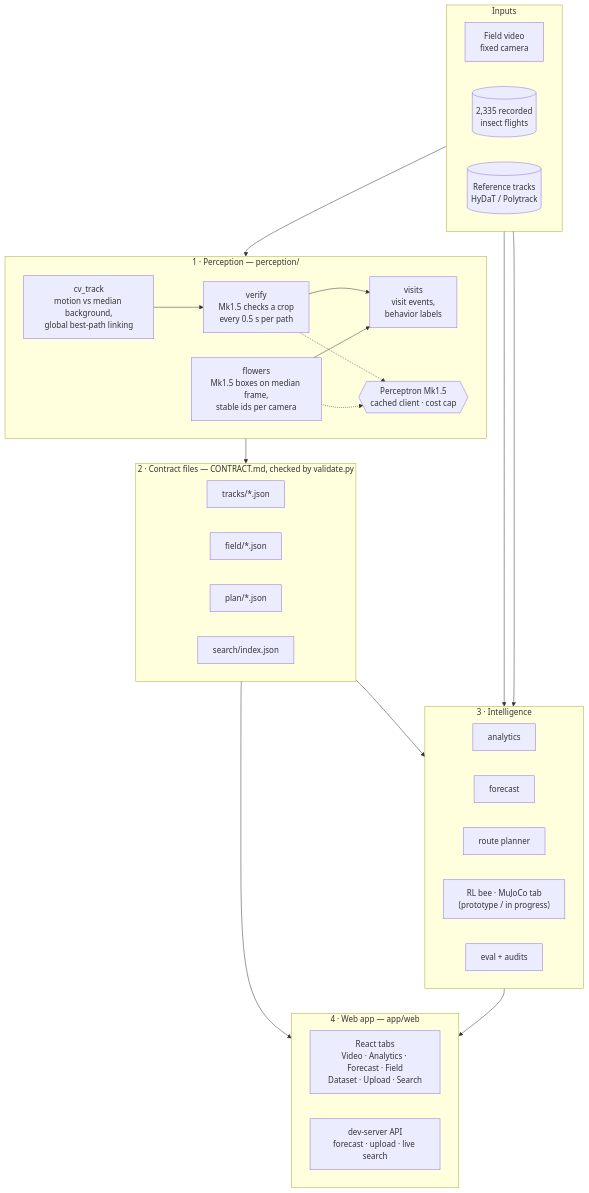
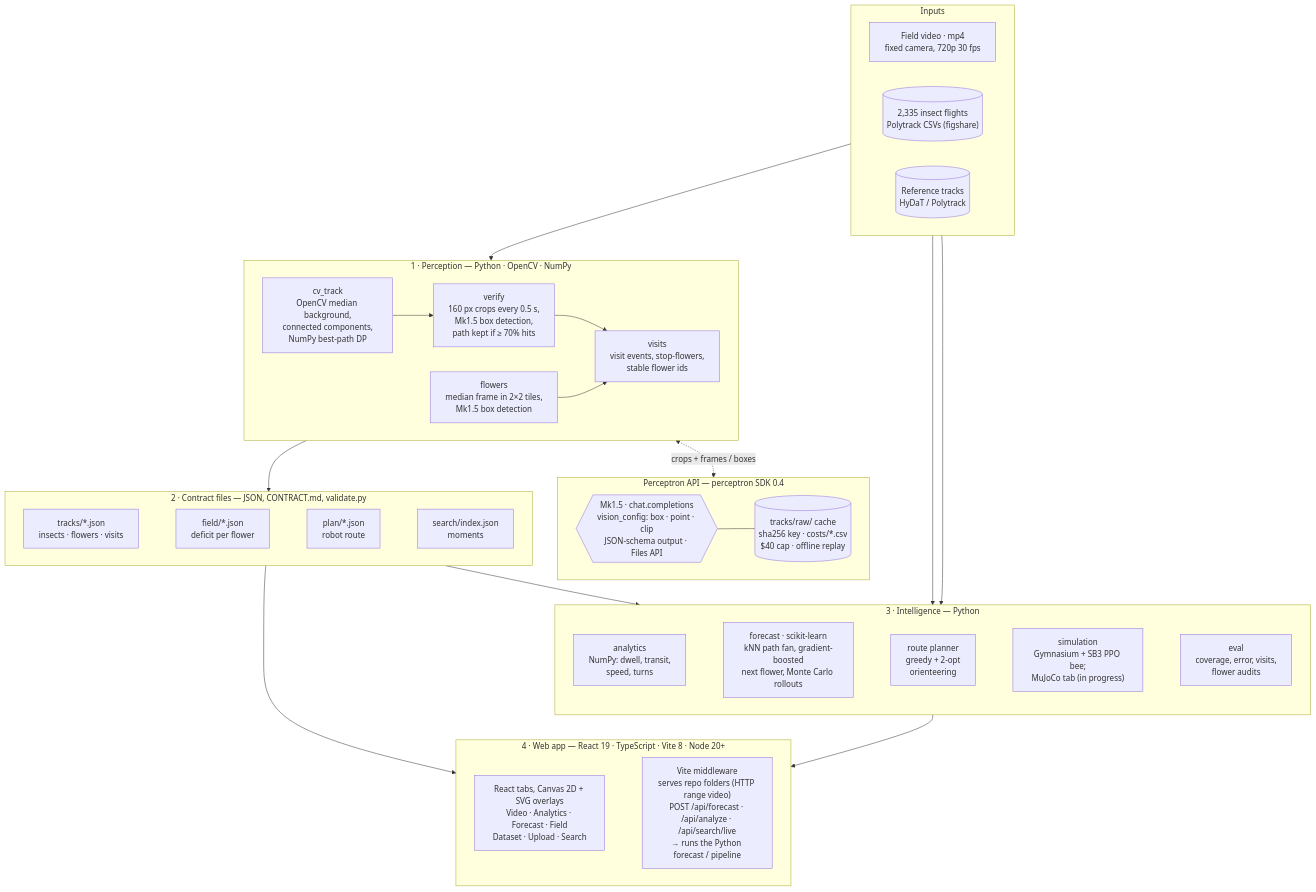
One commit to b-ananya/beebot changed the diagram in README.md. Above: the diagram before and after it, drawn with Mermaid. The commit also changed other lines of this file, not shown here.

Commit message:
README: tech stack section and a more detailed architecture diagram
Lists only libraries the code imports (OpenCV, NumPy, perceptron SDK, scikit-learn, pandas, joblib, Gymnasium,
Stable-Baselines3, imageio-ffmpeg, React/TypeScript/Vite) plus the Mk1.5 API features and app API routes used.
Diagram renders cleanly in Mermaid 11.

````diff
--- a/README.md
+++ b/README.md
@@ -27,49 +27,57 @@
 ```mermaid
 flowchart TB
   subgraph IN["Inputs"]
     direction LR
-    V["Field video<br/>fixed camera"]
-    PT[("2,335 recorded<br/>insect flights")]
+    V["Field video · mp4<br/>fixed camera, 720p 30 fps"]
+    PT[("2,335 insect flights<br/>Polytrack CSVs (figshare)")]
     REF[("Reference tracks<br/>HyDaT / Polytrack")]
   end
 
-  subgraph P["1 · Perception — perception/"]
+  subgraph P["1 · Perception — Python · OpenCV · NumPy"]
     direction LR
-    CV["cv_track<br/>motion vs median background,<br/>global best-path linking"] --> VER["verify<br/>Mk1.5 checks a crop<br/>every 0.5 s per path"] --> VIS["visits<br/>visit events,<br/>behavior labels"]
-    FL["flowers<br/>Mk1.5 boxes on median frame,<br/>stable ids per camera"] --> VIS
-    MK{{"Perceptron Mk1.5<br/>cached client · cost cap"}}
-    VER -.-> MK
-    FL -.-> MK
+    CV["cv_track<br/>OpenCV median background,<br/>connected components,<br/>NumPy best-path DP"] --> VER["verify<br/>160 px crops every 0.5 s,<br/>Mk1.5 box detection,<br/>path kept if ≥ 70% hits"] --> VIS["visits<br/>visit events, stop-flowers,<br/>stable flower ids"]
+    FL["flowers<br/>median frame in 2×2 tiles,<br/>Mk1.5 box detection"] --> VIS
   end
 
-  subgraph O["2 · Contract files — CONTRACT.md, checked by validate.py"]
+  subgraph MKG["Perceptron API — perceptron SDK 0.4"]
     direction LR
-    TR["tracks/*.json"]
-    FI["field/*.json"]
-    PL["plan/*.json"]
-    IDX["search/index.json"]
+    MK{{"Mk1.5 · chat.completions<br/>vision_config: box · point · clip<br/>JSON-schema output · Files API"}}
+    CACHE[("tracks/raw/ cache<br/>sha256 key · costs/*.csv<br/>$40 cap · offline replay")]
+    MK --- CACHE
   end
 
-  subgraph I["3 · Intelligence"]
+  subgraph O["2 · Contract files — JSON, CONTRACT.md, validate.py"]
     direction LR
-    AN["analytics"]
-    FC["forecast"]
-    PLN["route planner"]
-    SIM["RL bee · MuJoCo tab<br/>(prototype / in progress)"]
-    EV["eval + audits"]
+    TR["tracks/*.json<br/>insects · flowers · visits"]
+    FI["field/*.json<br/>deficit per flower"]
+    PL["plan/*.json<br/>robot route"]
+    IDX["search/index.json<br/>moments"]
+    TR ~~~ FI ~~~ PL ~~~ IDX
   end
 
-  subgraph A["4 · Web app — app/web"]
+  subgraph I["3 · Intelligence — Python"]
     direction LR
-    UI["React tabs<br/>Video · Analytics · Forecast · Field<br/>Dataset · Upload · Search"]
-    API["dev-server API<br/>forecast · upload · live search"]
+    AN["analytics<br/>NumPy: dwell, transit,<br/>speed, turns"]
+    FC["forecast · scikit-learn<br/>kNN path fan, gradient-boosted<br/>next flower, Monte Carlo rollouts"]
+    PLN["route planner<br/>greedy + 2-opt<br/>orienteering"]
+    SIM["simulation<br/>Gymnasium + SB3 PPO bee;<br/>MuJoCo tab (in progress)"]
+    EV["eval<br/>coverage, error, visits,<br/>flower audits"]
+    AN ~~~ FC ~~~ PLN ~~~ SIM ~~~ EV
+  end
+
+  subgraph A["4 · Web app — React 19 · TypeScript · Vite 8 · Node 20+"]
+    direction LR
+    UI["React tabs, Canvas 2D + SVG overlays<br/>Video · Analytics · Forecast · Field<br/>Dataset · Upload · Search"]
+    UI ~~~ API
+    API["Vite middleware<br/>serves repo folders (HTTP range video)<br/>POST /api/forecast · /api/analyze · /api/search/live<br/>→ runs the Python forecast / pipeline"]
   end
 
   V --> P
+  P <-. "crops + frames / boxes" .-> MKG
   P --> O
   O --> I
-  PT --> FC
-  REF --> EV
+  PT --> I
+  REF --> I
+  O --> A
   I --> A
-  O --> A
 ```
````
